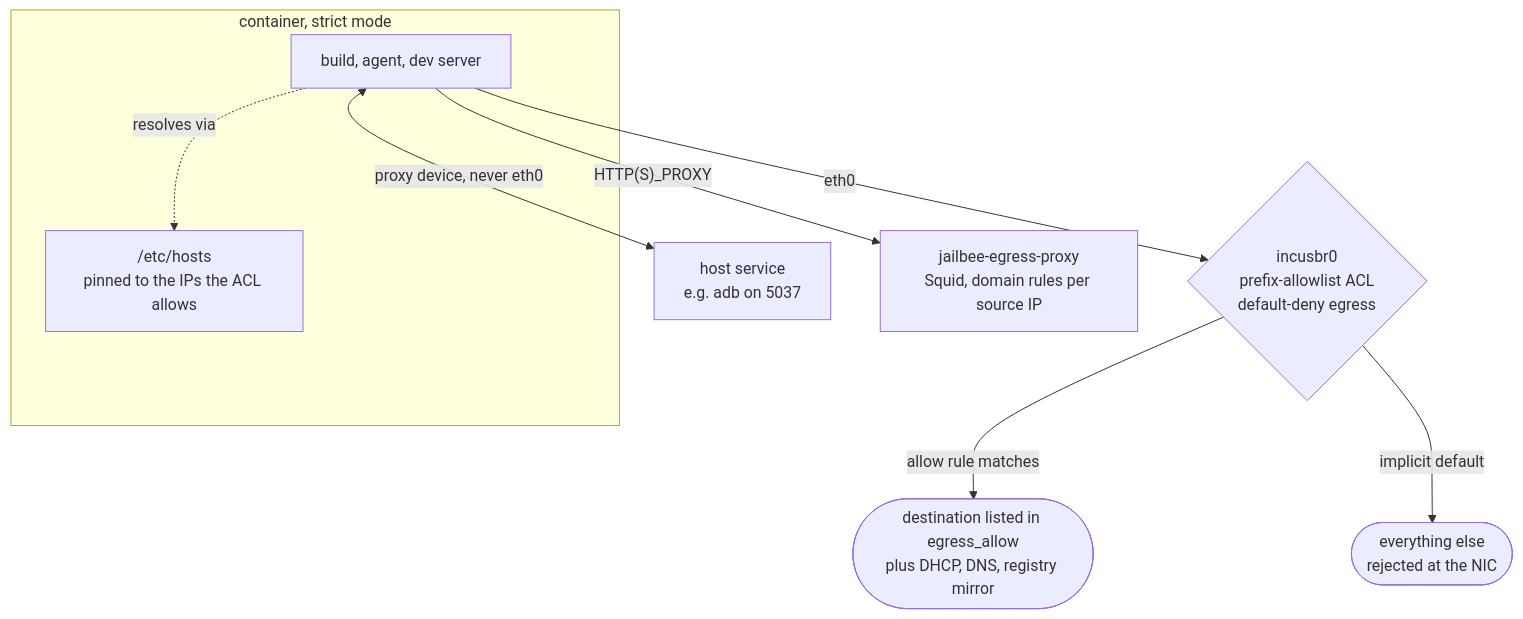
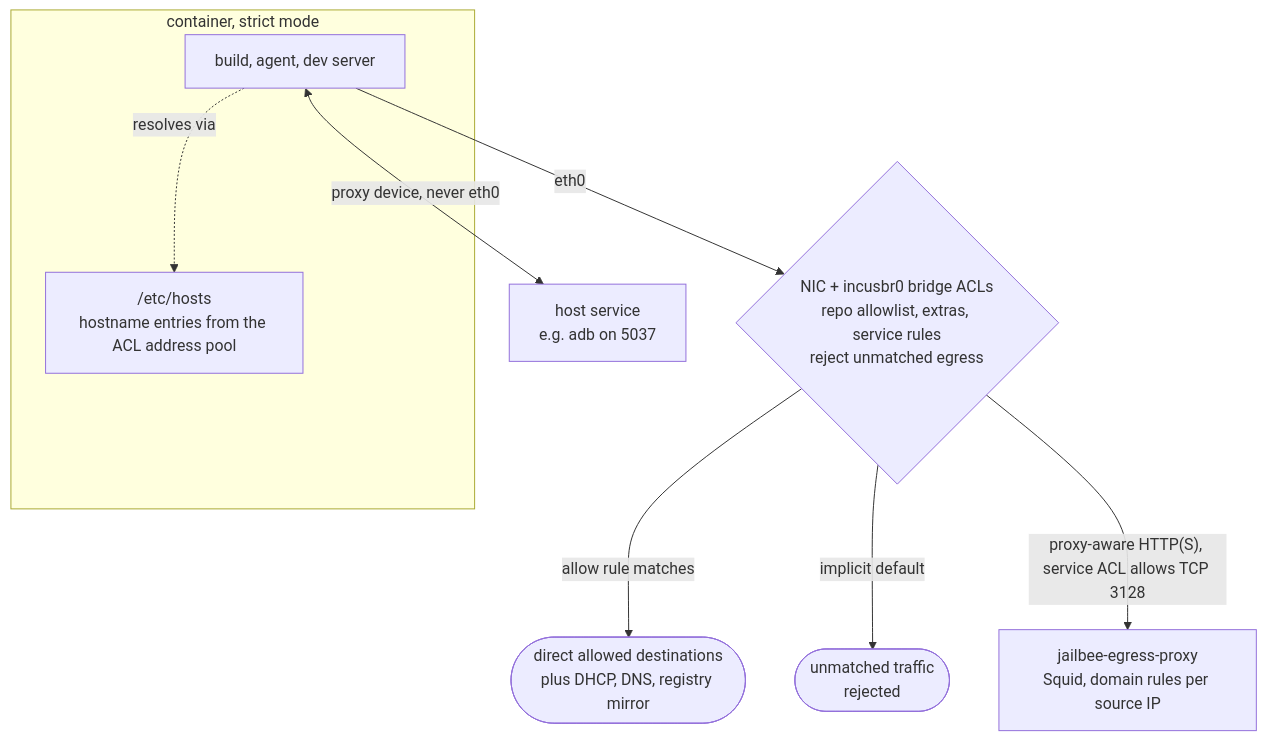
Before and after one commit to VRTFinland/jailbee: the third of 3 diagrams in docs/architecture.md, drawn with Mermaid. The commit also changed other lines of this file, not shown here.

First line of the commit message:
docs(architecture): align system overview with current behavior

````diff
--- a/docs/architecture.md
+++ b/docs/architecture.md
@@ -190,20 +235,20 @@
 ```mermaid
 flowchart TB
     subgraph CT["container, strict mode"]
         APP["build, agent, dev server"]
-        HOSTS["/etc/hosts<br>pinned to the IPs the ACL allows"]
+        HOSTS["/etc/hosts<br>hostname entries from the ACL address pool"]
         APP -.->|"resolves via"| HOSTS
     end
 
-    NIC{"incusbr0<br>prefix-allowlist ACL<br>default-deny egress"}
-    OK(["destination listed in egress_allow<br>plus DHCP, DNS, registry mirror"])
-    NO(["everything else<br>rejected at the NIC"])
+    NIC{"NIC + incusbr0 bridge ACLs<br>repo allowlist, extras, service rules<br>reject unmatched egress"}
+    OK(["direct allowed destinations<br>plus DHCP, DNS, registry mirror"])
+    NO(["unmatched traffic<br>rejected"])
     SVC["host service<br>e.g. adb on 5037"]
 
     APP -->|"eth0"| NIC
     NIC -->|"allow rule matches"| OK
     NIC -->|"implicit default"| NO
     APP <-->|"proxy device, never eth0"| SVC
     PROXY["jailbee-egress-proxy<br>Squid, domain rules per source IP"]
-    APP -->|"HTTP(S)_PROXY"| PROXY
+    NIC -->|"proxy-aware HTTP(S), service ACL allows TCP 3128"| PROXY
 ```
````
